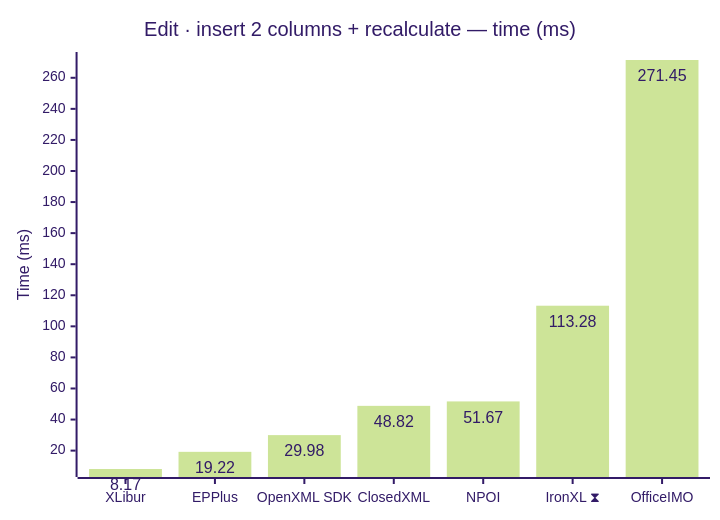
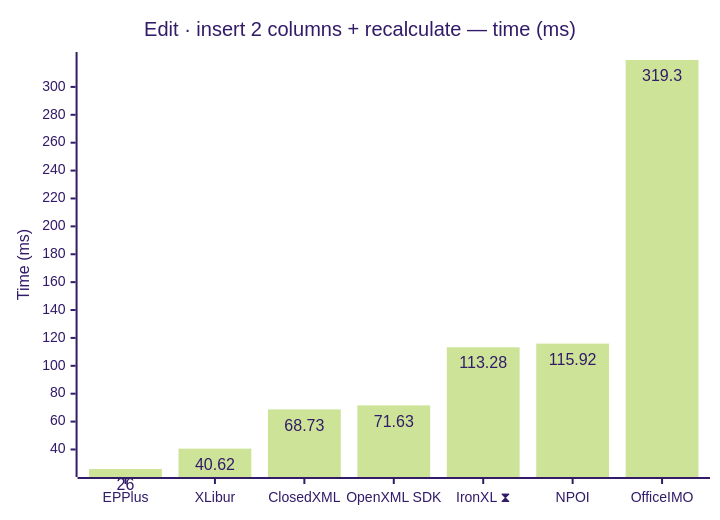
Before and after one commit to jafin/XLBench: diagram 13 of 18 in docs/results-ci.md, drawn with Mermaid (forest theme). The commit also changed other lines of this file, not shown here.

````diff
--- a/docs/results-ci.md
+++ b/docs/results-ci.md
@@ -199,12 +199,12 @@
 ```mermaid
 ---
 config:
   xyChart:
     showDataLabel: true
 ---
 xychart-beta
     title "Edit · insert 2 columns + recalculate — time (ms)"
-    x-axis ["XLibur", "EPPlus", "OpenXML SDK", "ClosedXML", "NPOI", "IronXL ⧗", "OfficeIMO"]
+    x-axis ["EPPlus", "XLibur", "ClosedXML", "OpenXML SDK", "IronXL ⧗", "NPOI", "OfficeIMO"]
     y-axis "Time (ms)"
-    bar [8.17, 19.22, 29.98, 48.82, 51.67, 113.28, 271.45]
+    bar [26, 40.62, 68.73, 71.63, 113.28, 115.92, 319.3]
 ```
````
